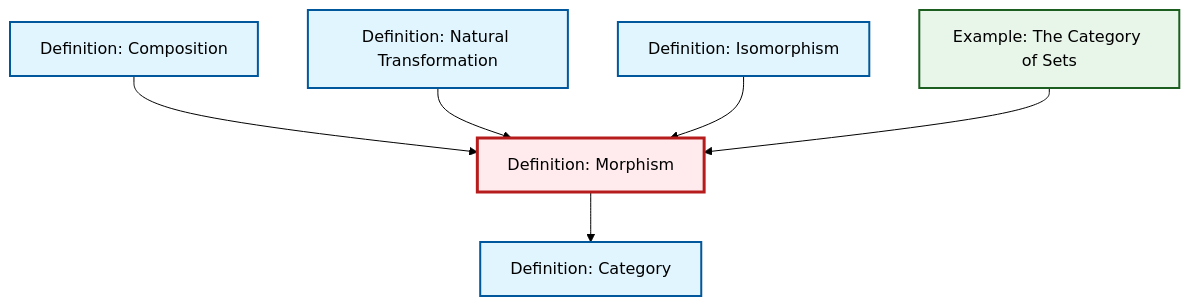
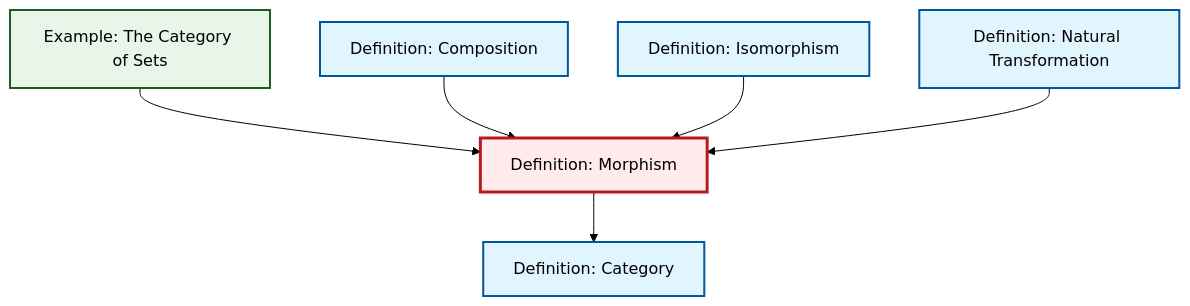
Before and after one commit to RK0429/ModernMath: the diagram in content/en/category-theory/def-morphism.qmd, drawn with Mermaid (forest theme). The commit also changed 511 other files, not shown here.

````diff
--- a/content/en/category-theory/def-morphism.qmd
+++ b/content/en/category-theory/def-morphism.qmd
@@ -55,27 +55,21 @@
 ```{mermaid}
 %%| fig-cap: "Local dependency graph"
 graph TD
     classDef definition fill:#e1f5fe,stroke:#01579b,stroke-width:2px
     classDef theorem fill:#f3e5f5,stroke:#4a148c,stroke-width:2px
     classDef axiom fill:#fff3e0,stroke:#e65100,stroke-width:2px
     classDef example fill:#e8f5e9,stroke:#1b5e20,stroke-width:2px
     classDef current fill:#ffebee,stroke:#b71c1c,stroke-width:3px
+    def-natural-transformation["Definition: Natural Transformation"]:::definition
+    ex-set-category["Example: The Category of Sets"]:::example
     def-isomorphism["Definition: Isomorphism"]:::definition
     def-composition["Definition: Composition"]:::definition
-    ex-set-category["Example: The Category of Sets"]:::example
     def-morphism["Definition: Morphism"]:::definition
     def-category["Definition: Category"]:::definition
-    def-natural-transformation["Definition: Natural Transformation"]:::definition
+    ex-set-category --> def-morphism
+    def-morphism --> def-category
     def-composition --> def-morphism
+    def-isomorphism --> def-morphism
     def-natural-transformation --> def-morphism
-    def-isomorphism --> def-morphism
-    def-morphism --> def-category
-    ex-set-category --> def-morphism
     class def-morphism current
-
-    click def-isomorphism "def-isomorphism.html" "Go to Isomorphism definition"
-    click def-composition "def-composition.html" "Go to Composition definition"
-    click ex-set-category "ex-set-category.html" "Go to The Category of Sets example"
-    click def-category "def-category.html" "Go to Category definition"
-    click def-natural-transformation "def-natural-transformation.html" "Go to Natural Transformation definition"
 ```
````
